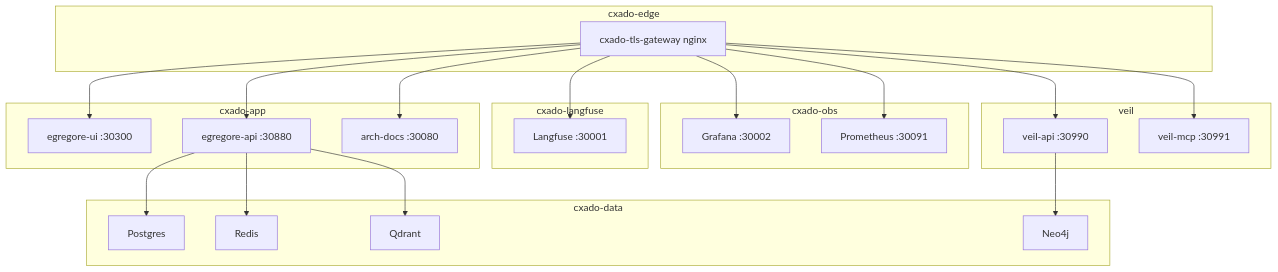
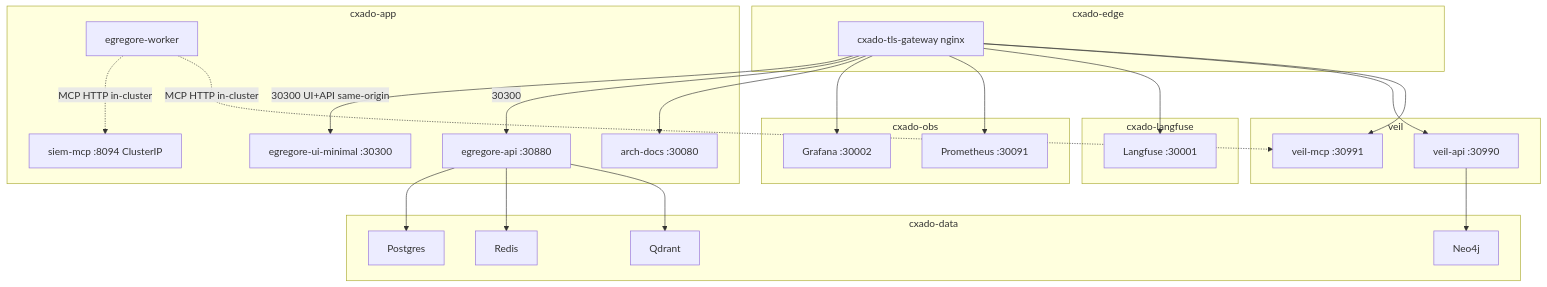
The diagram in docs/architecture-site/diagrams/k3s-topology.mmd (butbeautifulv/cxado), drawn with Mermaid before and after one commit. The commit also changed 176 other files, not shown here.

First line of the commit message:
Add MCP gateways (DefectDojo, Tenable, SIEM) and offline deploy hardening.

```diff
--- a/docs/architecture-site/diagrams/k3s-topology.mmd
+++ b/docs/architecture-site/diagrams/k3s-topology.mmd
@@ -1,44 +1,48 @@
 flowchart TB
   subgraph edge [cxado-edge]
     TLS[cxado-tls-gateway nginx]
   end
 
   subgraph app [cxado-app]
-    EUI[egregore-ui :30300]
+    UIM[egregore-ui-minimal :30300]
     EAPI[egregore-api :30880]
+    Worker[egregore-worker]
+    SIEM[siem-mcp :8094 ClusterIP]
     Arch[arch-docs :30080]
   end
 
   subgraph data [cxado-data]
     PG[Postgres]
     Redis[Redis]
     Qdrant[Qdrant]
     Neo4j[Neo4j]
   end
 
   subgraph obs [cxado-obs]
     Graf[Grafana :30002]
     Prom[Prometheus :30091]
   end
 
   subgraph langfuse_ns [cxado-langfuse]
     LF[Langfuse :30001]
   end
 
   subgraph veil_ns [veil]
     VAPI[veil-api :30990]
     VMCP[veil-mcp :30991]
   end
 
-  TLS --> EUI
-  TLS --> EAPI
+  TLS -->|30300 UI+API same-origin| UIM
+  TLS -->|30300| EAPI
   TLS --> Arch
   TLS --> Graf
   TLS --> Prom
   TLS --> LF
   TLS --> VAPI
   TLS --> VMCP
   EAPI --> PG
   EAPI --> Redis
   EAPI --> Qdrant
+  Worker -.->|MCP HTTP in-cluster| SIEM
+  Worker -.->|MCP HTTP in-cluster| VMCP
   VAPI --> Neo4j
```
